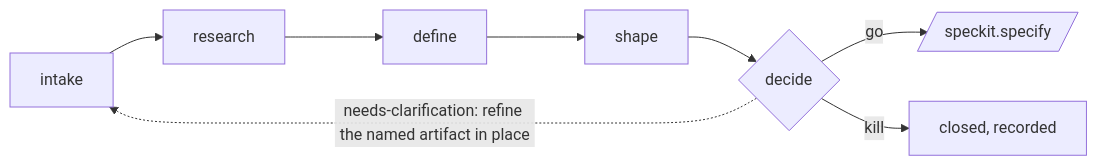
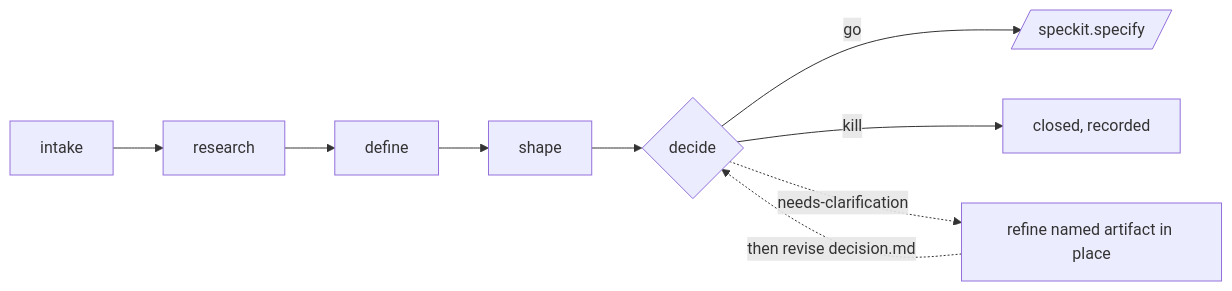
Before and after one commit to github/spec-kit: the diagram in extensions/assess/README.md, drawn with Mermaid. The commit also changed 1 other file, not shown here.

Commit message:
Clarify needs-clarification as in-place artifact refinement.
Route the assess diagram through a refine step back to decide, and list
decision.md among the artifacts that path can update.

````diff
--- a/extensions/assess/README.md
+++ b/extensions/assess/README.md
@@ -24,7 +24,8 @@
 ```mermaid
 flowchart LR
     A[intake] --> R[research] --> D[define] --> S[shape] --> C{decide}
     C -->|go| SPEC[/speckit.specify/]
     C -->|kill| X[closed, recorded]
-    C -.->|needs-clarification: refine the named artifact in place| A
+    C -.->|needs-clarification| F[refine named artifact in place]
+    F -.->|then revise decision.md| C
 ```
````
